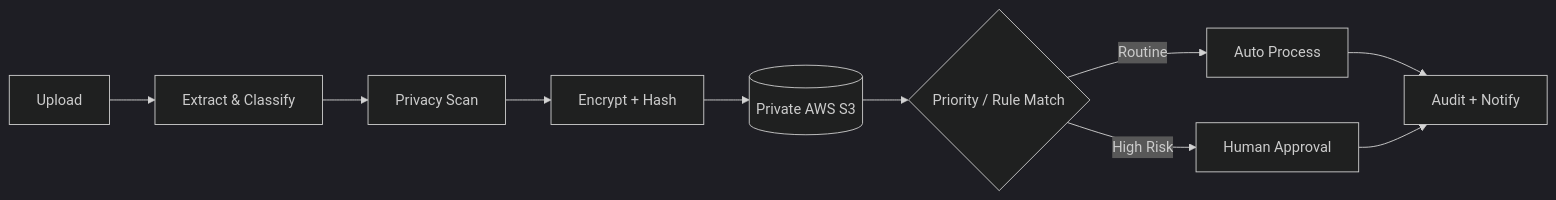
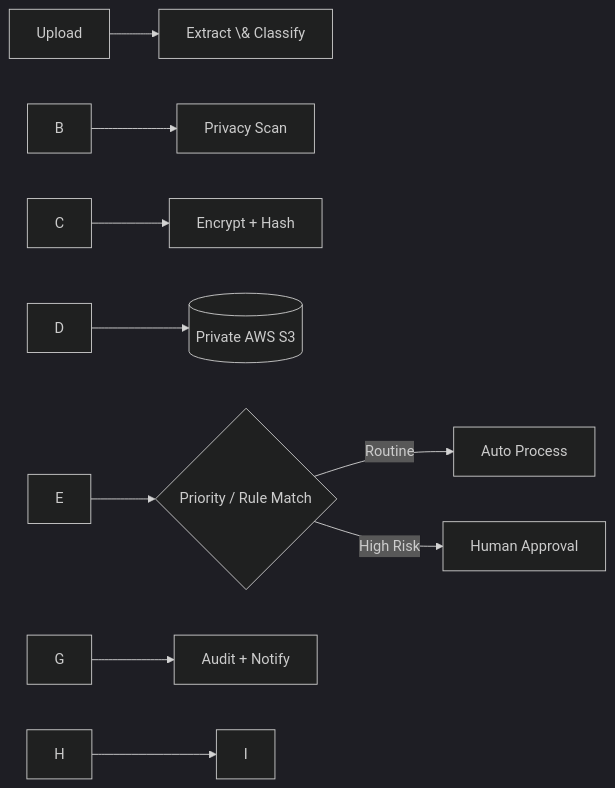
The first of 2 diagrams in README.md (Vishal619-dubey/AutoFlow-AI), drawn with Mermaid (dark theme) before and after one commit. The commit also changed other lines of this file, not shown here.

Commit message:
Update README with Google Sign-In and current architecture

````diff
--- a/README.md
+++ b/README.md
@@ -66,12 +66,12 @@
 ```mermaid
 flowchart LR
-    A[Upload] --> B[Extract & Classify]
-    B --> C[Privacy Scan]
-    C --> D[Encrypt + Hash]
-    D --> E[(Private AWS S3)]
+    A\[Upload] --> B\[Extract \& Classify]
+    B --> C\[Privacy Scan]
+    C --> D\[Encrypt + Hash]
+    D --> E\[(Private AWS S3)]
     E --> F{Priority / Rule Match}
-    F -->|Routine| G[Auto Process]
-    F -->|High Risk| H[Human Approval]
-    G --> I[Audit + Notify]
+    F -->|Routine| G\[Auto Process]
+    F -->|High Risk| H\[Human Approval]
+    G --> I\[Audit + Notify]
     H --> I
 ```
````
